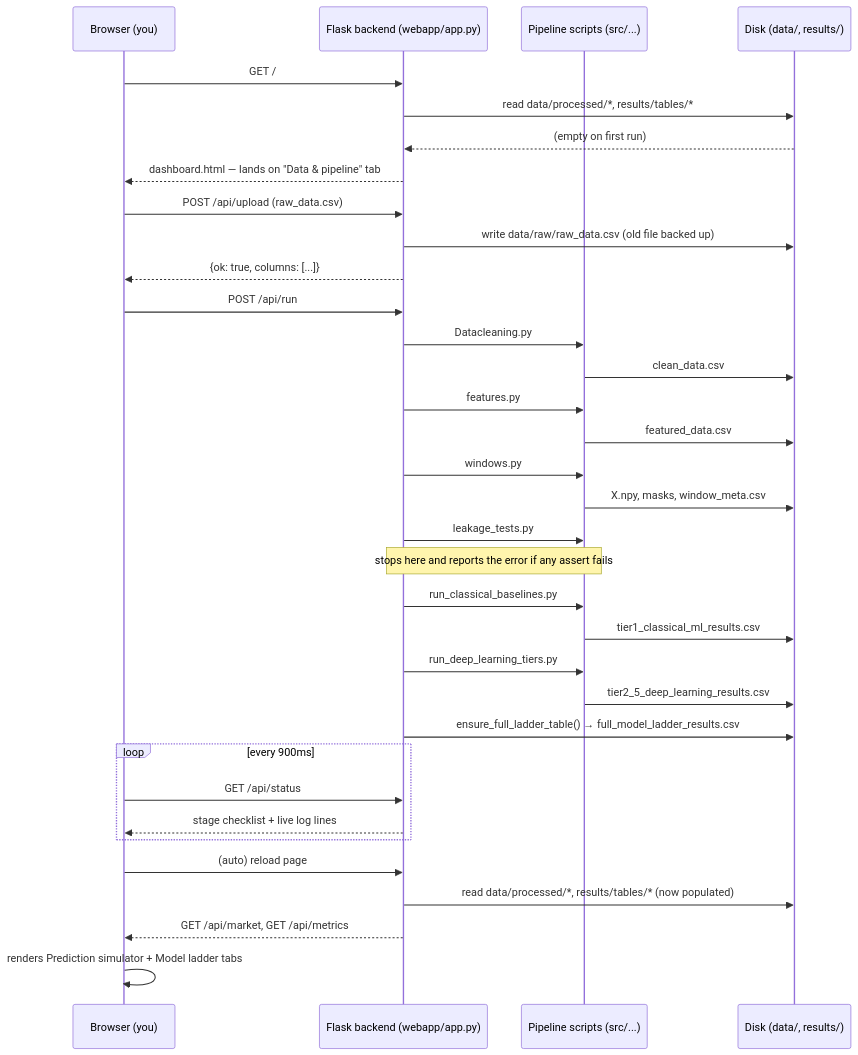
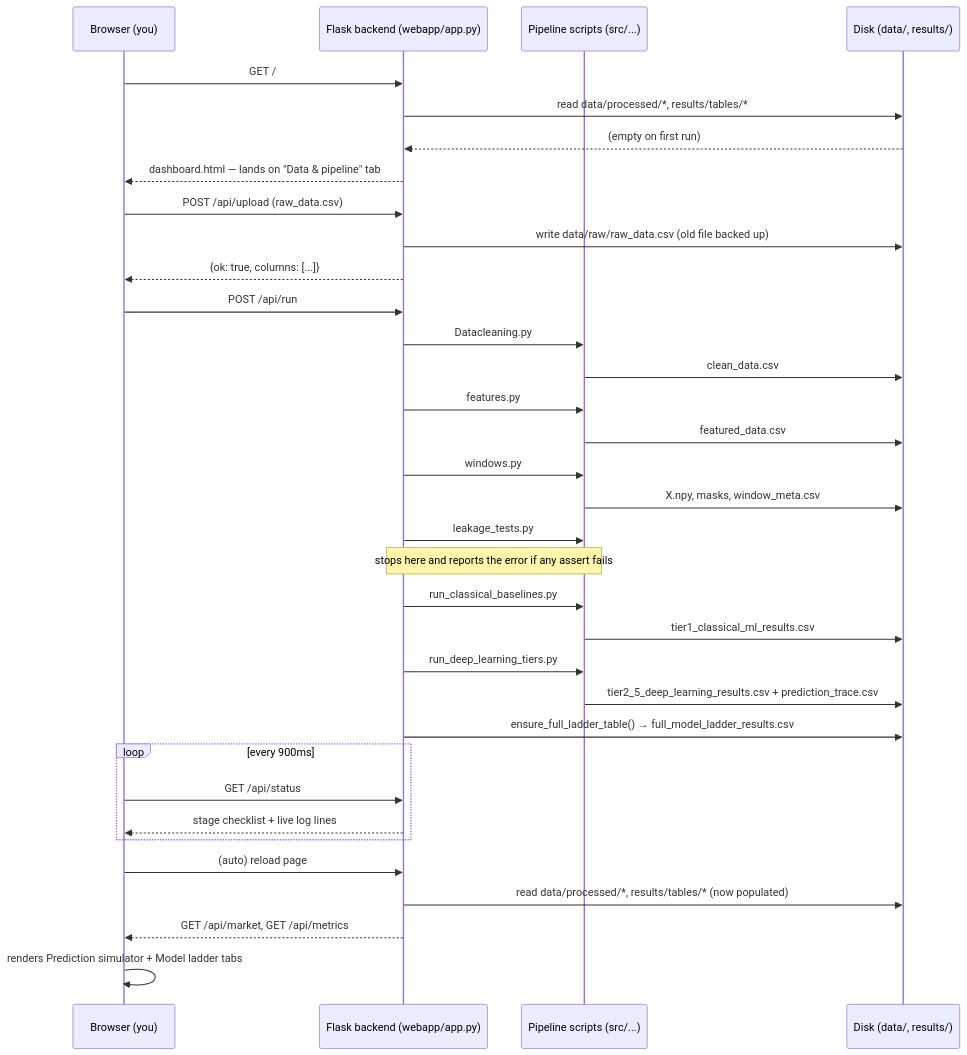
Before and after one commit to Prishu-04/Computational-Finance-research-paper: the second of 2 diagrams in README.md, drawn with Mermaid. The commit also changed other lines of this file and 35 other files, not shown here.

First line of the commit message:
Add prediction trace utilities and live inference for real market data

````diff
--- a/README.md
+++ b/README.md
@@ -78,41 +78,41 @@
 ```mermaid
 sequenceDiagram
     participant U as Browser (you)
     participant F as Flask backend (webapp/app.py)
     participant P as Pipeline scripts (src/...)
     participant D as Disk (data/, results/)
 
     U->>F: GET /
     F->>D: read data/processed/*, results/tables/*
     D-->>F: (empty on first run)
     F-->>U: dashboard.html — lands on "Data & pipeline" tab
 
     U->>F: POST /api/upload (raw_data.csv)
     F->>D: write data/raw/raw_data.csv (old file backed up)
     F-->>U: {ok: true, columns: [...]}
 
     U->>F: POST /api/run
     F->>P: Datacleaning.py
     P->>D: clean_data.csv
     F->>P: features.py
     P->>D: featured_data.csv
     F->>P: windows.py
     P->>D: X.npy, masks, window_meta.csv
     F->>P: leakage_tests.py
     Note over F,P: stops here and reports the error if any assert fails
     F->>P: run_classical_baselines.py
     P->>D: tier1_classical_ml_results.csv
     F->>P: run_deep_learning_tiers.py
-    P->>D: tier2_5_deep_learning_results.csv
+    P->>D: tier2_5_deep_learning_results.csv + prediction_trace.csv
     F->>D: ensure_full_ladder_table() → full_model_ladder_results.csv
 
     loop every 900ms
         U->>F: GET /api/status
         F-->>U: stage checklist + live log lines
     end
 
     U->>F: (auto) reload page
     F->>D: read data/processed/*, results/tables/* (now populated)
     F-->>U: GET /api/market, GET /api/metrics
     U->>U: renders Prediction simulator + Model ladder tabs
 ```
````
